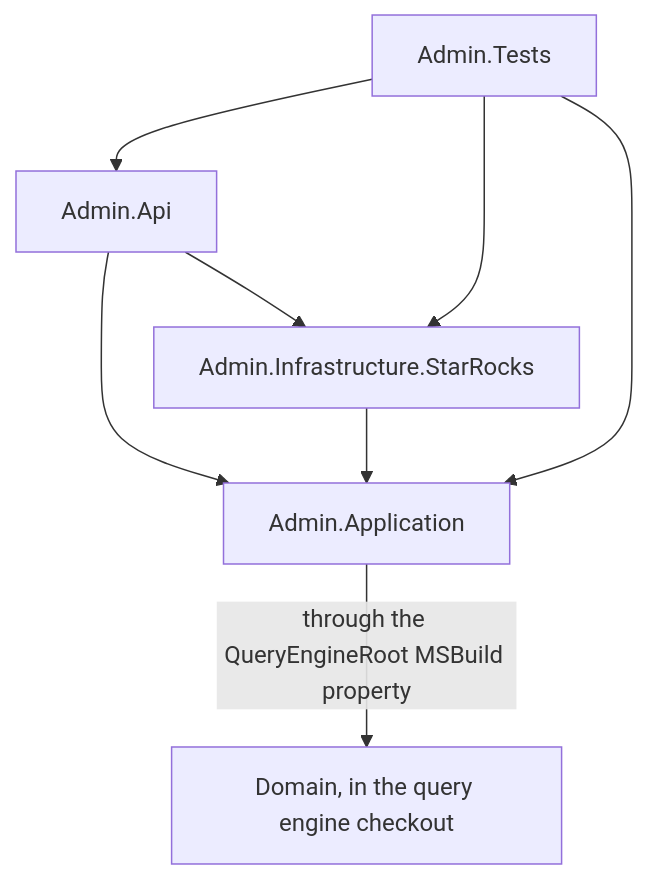
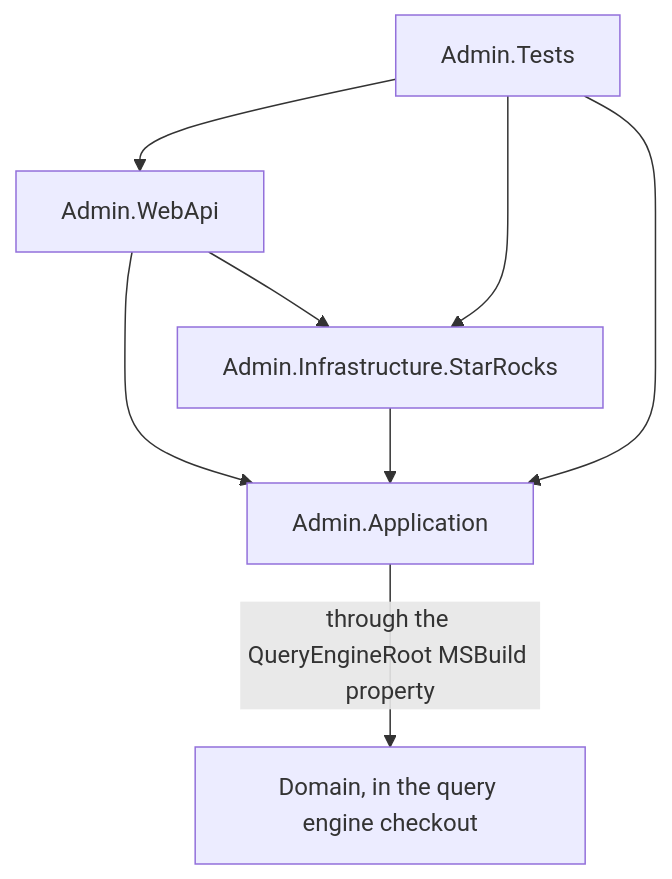
Before and after one commit to chrisaliotta/Quantalytix.QueryEngine.Admin: the second of 3 diagrams in api/docs/architecture/01-architecture.md, drawn with Mermaid. The commit also changed other lines of this file and 331 other files, not shown here.

First line of the commit message:
refactor: update project structure and documentation for WebApi

````diff
--- a/api/docs/architecture/01-architecture.md
+++ b/api/docs/architecture/01-architecture.md
@@ -51,15 +51,15 @@
 ```mermaid
 flowchart TB
     Tests["Admin.Tests"]
-    Api["Admin.Api"]
+    Api["Admin.WebApi"]
     Infra["Admin.Infrastructure.StarRocks"]
     App["Admin.Application"]
     Domain["Domain, in the query engine checkout"]
     Tests --> Api
     Tests --> Infra
     Tests --> App
     Api --> App
     Api --> Infra
     Infra --> App
     App -->|"through the QueryEngineRoot MSBuild property"| Domain
 ```
````
